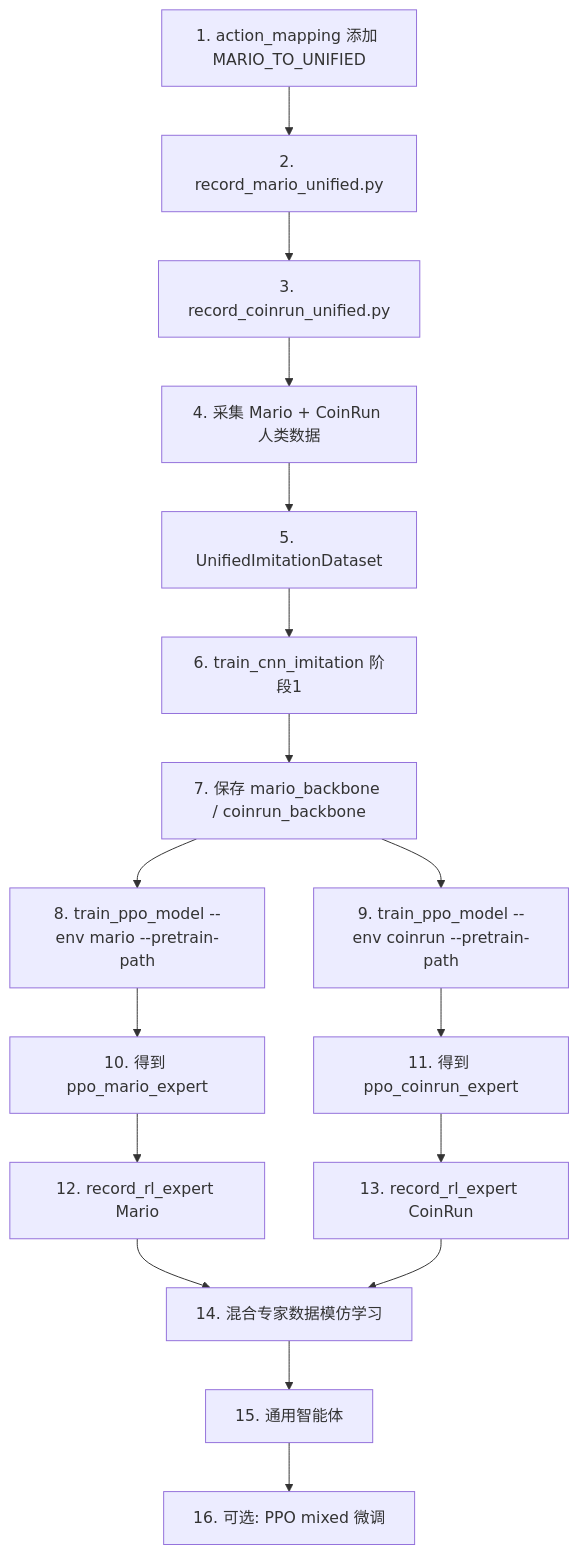
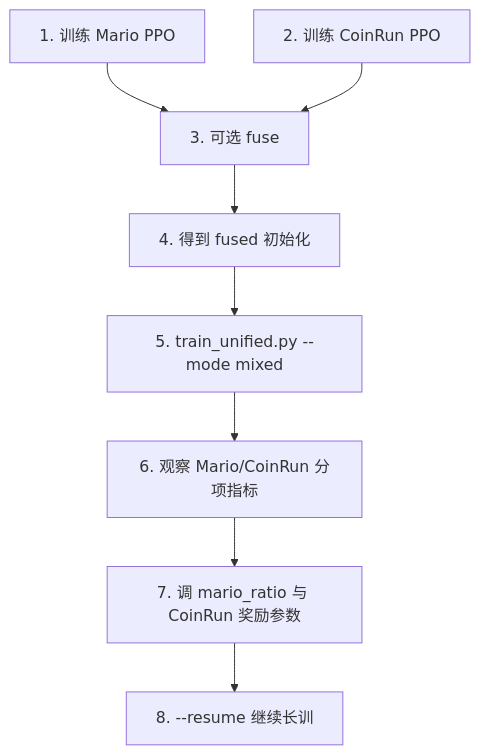
Before and after one commit to robin1sh/GameAgent1.0: the diagram in docs/通用智能体四阶段训练计划.md, drawn with Mermaid. The commit also changed other lines of this file and 18 other files, not shown here.

````diff
--- a/docs/通用智能体四阶段训练计划.md
+++ b/docs/通用智能体四阶段训练计划.md
@@ -268,19 +221,10 @@
 ```mermaid
 flowchart TD
-    A[1. action_mapping 添加 MARIO_TO_UNIFIED] --> B[2. record_mario_unified.py]
-    B --> C[3. record_coinrun_unified.py]
-    C --> D[4. 采集 Mario + CoinRun 人类数据]
-    D --> E[5. UnifiedImitationDataset]
-    E --> F[6. train_cnn_imitation 阶段1]
-    F --> G[7. 保存 mario_backbone / coinrun_backbone]
-    G --> H[8. train_ppo_model --env mario --pretrain-path]
-    G --> I[9. train_ppo_model --env coinrun --pretrain-path]
-    H --> J[10. 得到 ppo_mario_expert]
-    I --> K[11. 得到 ppo_coinrun_expert]
-    J --> L[12. record_rl_expert Mario]
-    K --> M[13. record_rl_expert CoinRun]
-    L --> N[14. 混合专家数据模仿学习]
-    M --> N
-    N --> O[15. 通用智能体]
-    O --> P[16. 可选: PPO mixed 微调]
+    A[1. 训练 Mario PPO] --> C[3. 可选 fuse]
+    B[2. 训练 CoinRun PPO] --> C
+    C --> D[4. 得到 fused 初始化]
+    D --> E[5. train_unified.py --mode mixed]
+    E --> F[6. 观察 Mario/CoinRun 分项指标]
+    F --> G[7. 调 mario_ratio 与 CoinRun 奖励参数]
+    G --> H[8. --resume 继续长训]
 ```
````
